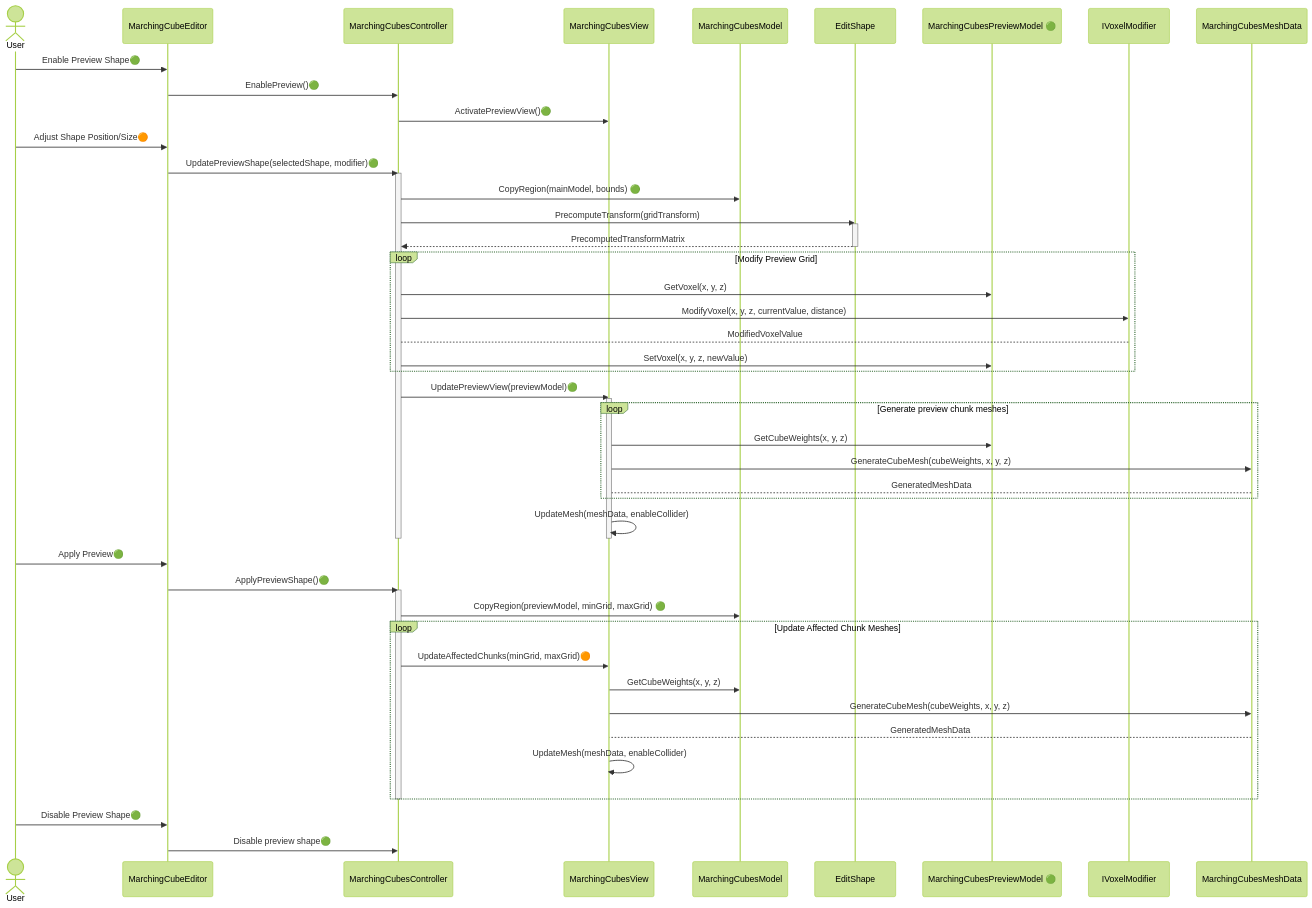
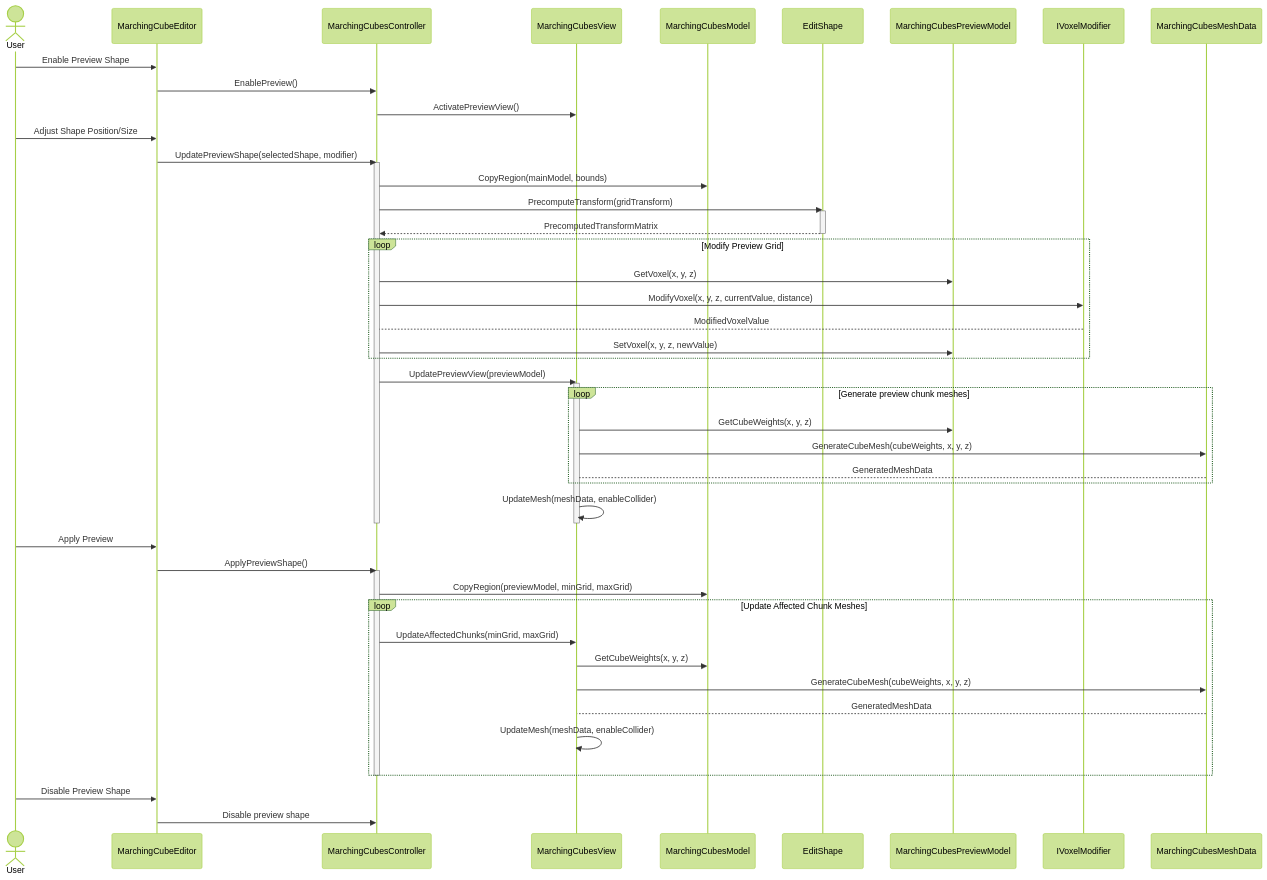
One commit to iffn/MarchingCubeEditorForUnity changed the second of 2 diagrams in Documentation/UML/SequenceDiagram/README.md. Above: the diagram before and after it, drawn with Mermaid (forest theme). The commit also changed other lines of this file and 1 other file, not shown here.

Commit message:
Preview shape: Finished

````diff
--- a/Documentation/UML/SequenceDiagram/README.md
+++ b/Documentation/UML/SequenceDiagram/README.md
@@ -65,52 +65,52 @@
 ```mermaid
 sequenceDiagram
     actor User
 
-    User ->> MarchingCubeEditor: Enable Preview Shape🟢
-    MarchingCubeEditor ->> MarchingCubesController: EnablePreview()🟢
-    MarchingCubesController ->> MarchingCubesView: ActivatePreviewView()🟢
+    User ->> MarchingCubeEditor: Enable Preview Shape
+    MarchingCubeEditor ->> MarchingCubesController: EnablePreview()
+    MarchingCubesController ->> MarchingCubesView: ActivatePreviewView()
 
-    User ->> MarchingCubeEditor: Adjust Shape Position/Size🟠
-    MarchingCubeEditor ->> MarchingCubesController: UpdatePreviewShape(selectedShape, modifier)🟢
+    User ->> MarchingCubeEditor: Adjust Shape Position/Size
+    MarchingCubeEditor ->> MarchingCubesController: UpdatePreviewShape(selectedShape, modifier)
     activate MarchingCubesController
-    MarchingCubesController ->> MarchingCubesModel: CopyRegion(mainModel, bounds) 🟢
+    MarchingCubesController ->> MarchingCubesModel: CopyRegion(mainModel, bounds)
     MarchingCubesController ->> EditShape: PrecomputeTransform(gridTransform)
     activate EditShape
     EditShape -->> MarchingCubesController: PrecomputedTransformMatrix
     deactivate EditShape
 
     loop Modify Preview Grid
-        MarchingCubesController ->> MarchingCubesPreviewModel 🟢: GetVoxel(x, y, z)
+        MarchingCubesController ->> MarchingCubesPreviewModel: GetVoxel(x, y, z)
         MarchingCubesController ->> IVoxelModifier: ModifyVoxel(x, y, z, currentValue, distance)
         IVoxelModifier --> MarchingCubesController: ModifiedVoxelValue
-        MarchingCubesController ->> MarchingCubesPreviewModel 🟢: SetVoxel(x, y, z, newValue)
+        MarchingCubesController ->> MarchingCubesPreviewModel: SetVoxel(x, y, z, newValue)
     end
 
-    MarchingCubesController ->> MarchingCubesView: UpdatePreviewView(previewModel)🟢
+    MarchingCubesController ->> MarchingCubesView: UpdatePreviewView(previewModel)
     activate MarchingCubesView
     loop Generate preview chunk meshes
-        MarchingCubesView ->> MarchingCubesPreviewModel 🟢: GetCubeWeights(x, y, z)
+        MarchingCubesView ->> MarchingCubesPreviewModel: GetCubeWeights(x, y, z)
         MarchingCubesView ->> MarchingCubesMeshData: GenerateCubeMesh(cubeWeights, x, y, z)
         MarchingCubesMeshData --> MarchingCubesView: GeneratedMeshData
     end
     MarchingCubesView ->> MarchingCubesView: UpdateMesh(meshData, enableCollider)
     deactivate MarchingCubesView
     deactivate MarchingCubesController
 
-    User ->> MarchingCubeEditor: Apply Preview🟢
-    MarchingCubeEditor ->> MarchingCubesController: ApplyPreviewShape()🟢
+    User ->> MarchingCubeEditor: Apply Preview
+    MarchingCubeEditor ->> MarchingCubesController: ApplyPreviewShape()
     activate MarchingCubesController
-    MarchingCubesController ->> MarchingCubesModel: CopyRegion(previewModel, minGrid, maxGrid) 🟢
+    MarchingCubesController ->> MarchingCubesModel: CopyRegion(previewModel, minGrid, maxGrid)
 
     loop Update Affected Chunk Meshes
-        MarchingCubesController ->> MarchingCubesView: UpdateAffectedChunks(minGrid, maxGrid)🟠
+        MarchingCubesController ->> MarchingCubesView: UpdateAffectedChunks(minGrid, maxGrid)
         MarchingCubesView ->> MarchingCubesModel: GetCubeWeights(x, y, z)
         MarchingCubesView ->> MarchingCubesMeshData: GenerateCubeMesh(cubeWeights, x, y, z)
         MarchingCubesMeshData --> MarchingCubesView: GeneratedMeshData
         MarchingCubesView ->> MarchingCubesView: UpdateMesh(meshData, enableCollider)
     end
     deactivate MarchingCubesController
 
-    User ->> MarchingCubeEditor: Disable Preview Shape🟢
-    MarchingCubeEditor ->> MarchingCubesController: Disable preview shape🟢
+    User ->> MarchingCubeEditor: Disable Preview Shape
+    MarchingCubeEditor ->> MarchingCubesController: Disable preview shape
 ```
````
